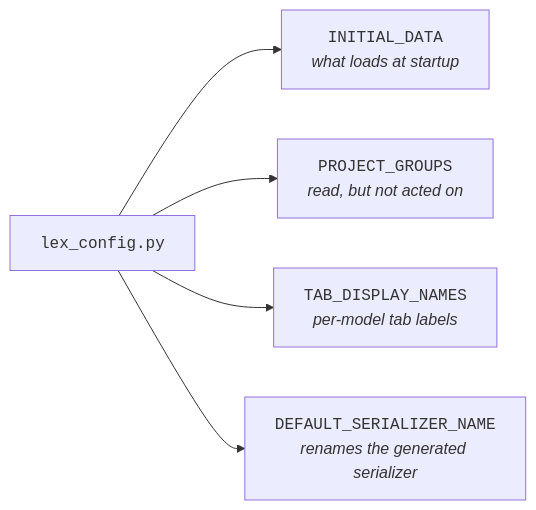
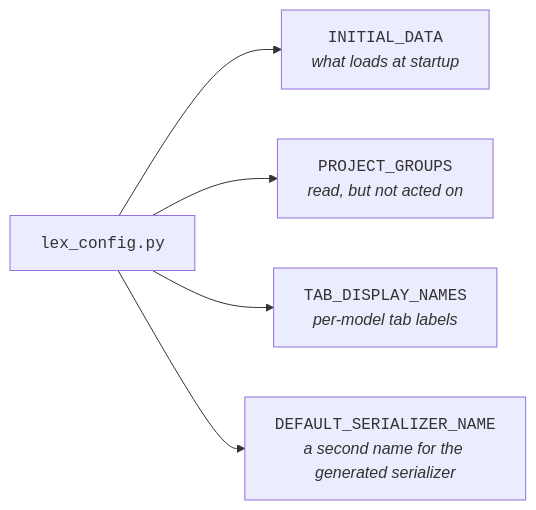
Before and after one commit to ExcellenceCloudGmbH/lex-app-docs: the diagram in content/reference/lex_config.md, drawn with Mermaid. The commit also changed other lines of this file and 3 other files, not shown here.

````diff
--- a/content/reference/lex_config.md
+++ b/content/reference/lex_config.md
@@ -15,8 +15,8 @@
 ```mermaid
 flowchart LR
     F["<code>lex_config.py</code>"]
     F --> A["<code>INITIAL_DATA</code><br/><i>what loads at startup</i>"]
     F --> B["<code>PROJECT_GROUPS</code><br/><i>read, but not acted on</i>"]
     F --> C["<code>TAB_DISPLAY_NAMES</code><br/><i>per-model tab labels</i>"]
-    F --> D["<code>DEFAULT_SERIALIZER_NAME</code><br/><i>renames the generated serializer</i>"]
+    F --> D["<code>DEFAULT_SERIALIZER_NAME</code><br/><i>a second name for the generated serializer</i>"]
 ```
````
